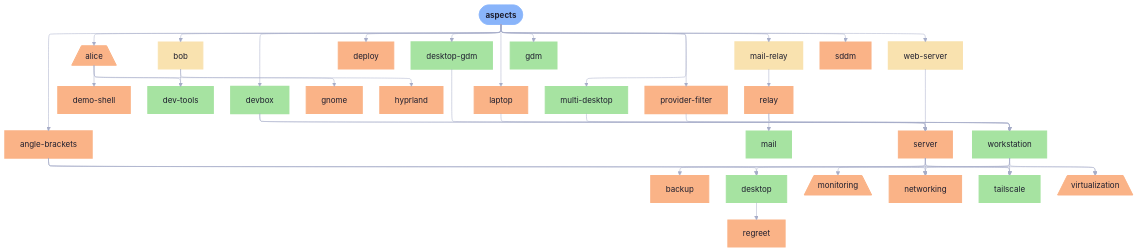
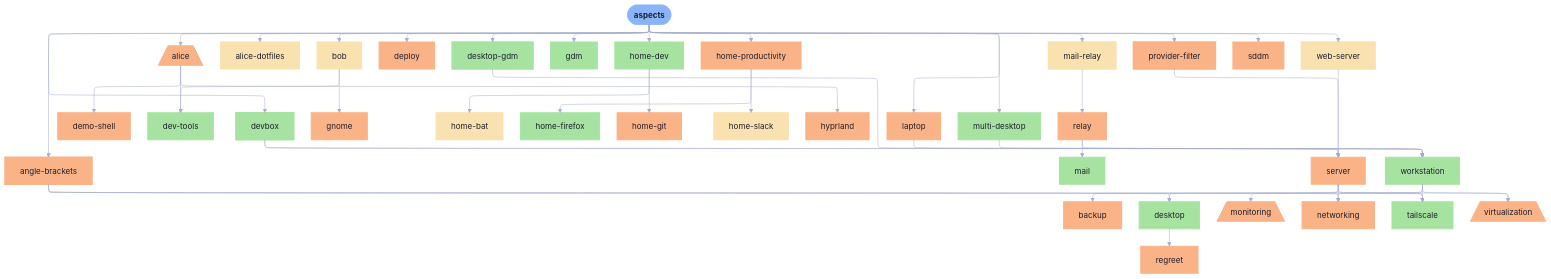
The diagram in templates/diag-demo/diagrams/fleet-namespace.md (sini/den), drawn with Mermaid before and after one commit. The commit also changed 393 other files, not shown here.

```diff
--- a/templates/diag-demo/diagrams/fleet-namespace.md
+++ b/templates/diag-demo/diagrams/fleet-namespace.md
@@ -7,6 +7,7 @@
 graph TD
   aspects([aspects]):::root
   alice[/"alice"\]:::alice_c
+  alice_dotfiles["alice-dotfiles"]:::alice_dotfiles_c
   angle_brackets["angle-brackets"]:::angle_brackets_c
   backup["backup"]:::backup_c
   bob["bob"]:::bob_c
@@ -18,6 +19,12 @@
   devbox["devbox"]:::devbox_c
   gdm["gdm"]:::gdm_c
   gnome["gnome"]:::gnome_c
+  home_bat["home-bat"]:::home_bat_c
+  home_dev["home-dev"]:::home_dev_c
+  home_firefox["home-firefox"]:::home_firefox_c
+  home_git["home-git"]:::home_git_c
+  home_productivity["home-productivity"]:::home_productivity_c
+  home_slack["home-slack"]:::home_slack_c
   hyprland["hyprland"]:::hyprland_c
   laptop["laptop"]:::laptop_c
   mail["mail"]:::mail_c
@@ -36,12 +43,15 @@
   workstation["workstation"]:::workstation_c
 
   aspects --> alice
+  aspects --> alice_dotfiles
   aspects --> angle_brackets
   aspects --> bob
   aspects --> deploy
   aspects --> desktop_gdm
   aspects --> devbox
   aspects --> gdm
+  aspects --> home_dev
+  aspects --> home_productivity
   aspects --> laptop
   aspects --> mail_relay
   aspects --> multi_desktop
@@ -60,6 +70,10 @@
   desktop_gdm --> workstation
   devbox --> workstation
   devbox --> server
+  home_dev --> home_git
+  home_dev --> home_bat
+  home_productivity --> home_firefox
+  home_productivity --> home_slack
   laptop --> workstation
   mail_relay --> relay
   multi_desktop --> workstation
@@ -79,6 +93,7 @@
 
   classDef root fill:#89b4fa,stroke:#89b4fa,color:#1e1e2e,font-weight:bold
   classDef alice_c fill:#fab387,stroke:#fab387,color:#1e1e2e,stroke-width:2px
+  classDef alice_dotfiles_c fill:#f9e2af,stroke:#f9e2af,color:#1e1e2e,stroke-width:2px
   classDef angle_brackets_c fill:#fab387,stroke:#fab387,color:#1e1e2e,stroke-width:3px
   classDef backup_c fill:#fab387,stroke:#fab387,color:#1e1e2e,stroke-width:2px
   classDef bob_c fill:#f9e2af,stroke:#f9e2af,color:#1e1e2e,stroke-width:2px
@@ -90,6 +105,12 @@
   classDef devbox_c fill:#a6e3a1,stroke:#a6e3a1,color:#1e1e2e,stroke-width:3px
   classDef gdm_c fill:#a6e3a1,stroke:#a6e3a1,color:#1e1e2e,stroke-width:2px
   classDef gnome_c fill:#fab387,stroke:#fab387,color:#1e1e2e,stroke-width:2px
+  classDef home_bat_c fill:#f9e2af,stroke:#f9e2af,color:#1e1e2e,stroke-width:2px
+  classDef home_dev_c fill:#a6e3a1,stroke:#a6e3a1,color:#1e1e2e,stroke-width:2px
+  classDef home_firefox_c fill:#a6e3a1,stroke:#a6e3a1,color:#1e1e2e,stroke-width:2px
+  classDef home_git_c fill:#fab387,stroke:#fab387,color:#1e1e2e,stroke-width:2px
+  classDef home_productivity_c fill:#fab387,stroke:#fab387,color:#1e1e2e,stroke-width:2px
+  classDef home_slack_c fill:#f9e2af,stroke:#f9e2af,color:#1e1e2e,stroke-width:2px
   classDef hyprland_c fill:#fab387,stroke:#fab387,color:#1e1e2e,stroke-width:2px
   classDef laptop_c fill:#fab387,stroke:#fab387,color:#1e1e2e,stroke-width:2px
   classDef mail_c fill:#a6e3a1,stroke:#a6e3a1,color:#1e1e2e,stroke-width:2px
```
